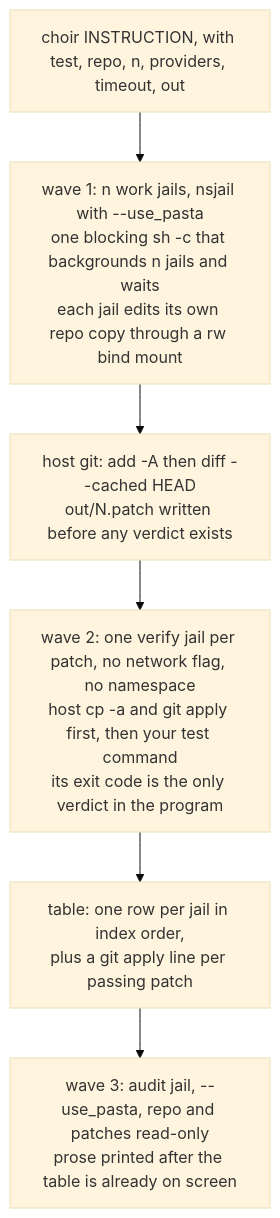
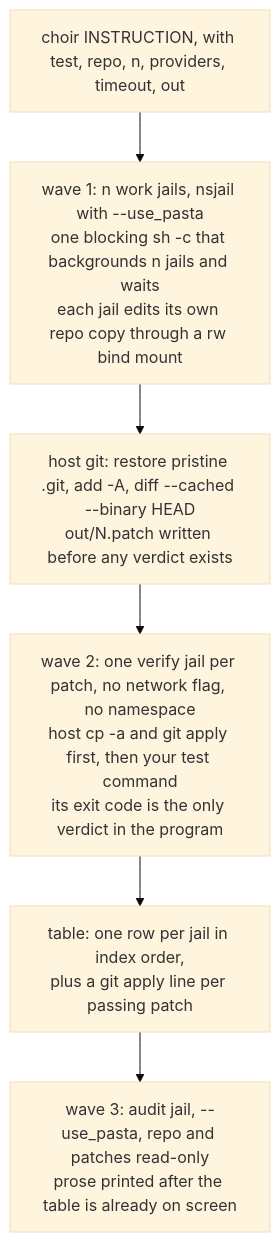
Before and after one commit to brickfrog/choir: the diagram in docs/architecture.md, drawn with Mermaid (base theme). The commit also changed other lines of this file and 6 other files, not shown here.

````diff
--- a/docs/architecture.md
+++ b/docs/architecture.md
@@ -3,9 +3,9 @@
 ```mermaid
 flowchart TD
   CLI["choir INSTRUCTION, with test, repo, n, providers, timeout, out"]
   CLI --> W["wave 1: n work jails, nsjail with --use_pasta<br/>one blocking sh -c that backgrounds n jails and waits<br/>each jail edits its own repo copy through a rw bind mount"]
-  W --> P["host git: add -A then diff --cached HEAD<br/>out/N.patch written before any verdict exists"]
+  W --> P["host git: restore pristine .git, add -A, diff --cached --binary HEAD<br/>out/N.patch written before any verdict exists"]
   P --> V["wave 2: one verify jail per patch, no network flag, no namespace<br/>host cp -a and git apply first, then your test command<br/>its exit code is the only verdict in the program"]
   V --> T["table: one row per jail in index order,<br/>plus a git apply line per passing patch"]
   T --> A["wave 3: audit jail, --use_pasta, repo and patches read-only<br/>prose printed after the table is already on screen"]
 ```
````
